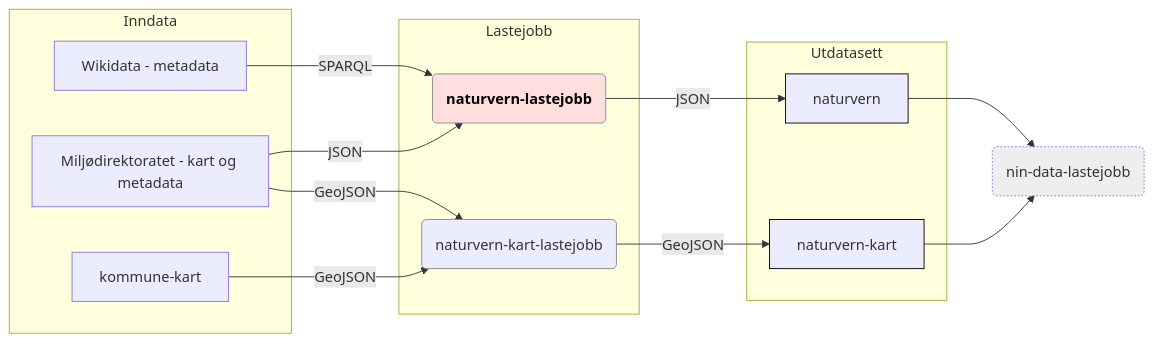
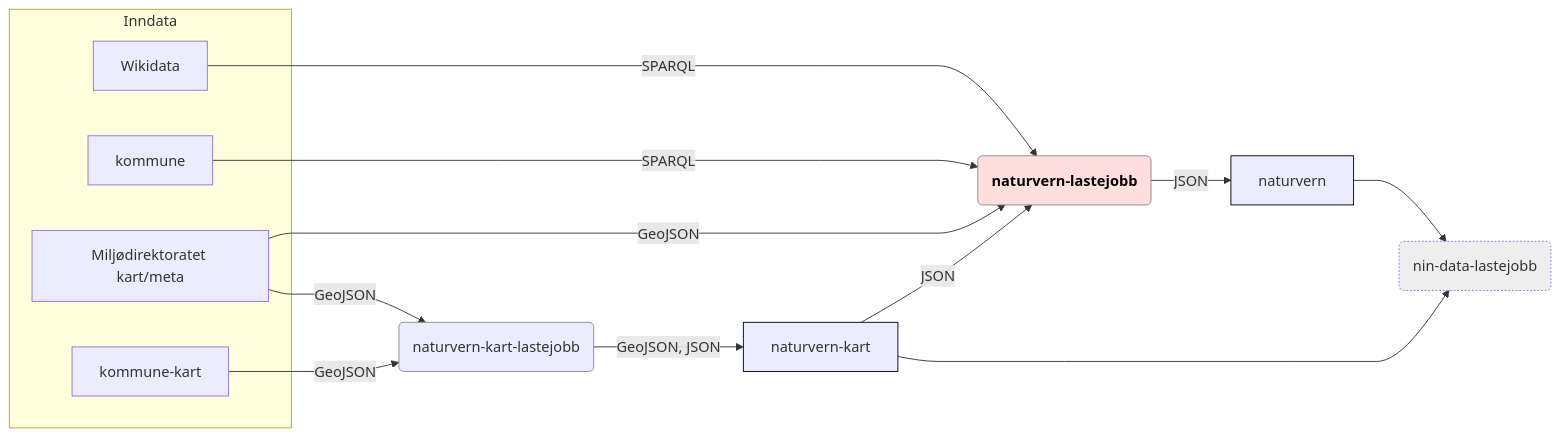
One commit to Artsdatabanken/naturvern-lastejobb changed the diagram in doc/flytdiagram.md. Above: the diagram before and after it, drawn with Mermaid. The commit also changed 1 other file, not shown here.

Commit message:
Bruk naturvern-kart i naturvern-lastejobb

````diff
--- a/doc/flytdiagram.md
+++ b/doc/flytdiagram.md
@@ -1,46 +1,45 @@
 ```mermaid
 
 graph LR;
   linkStyle default interpolate monotoneX
     subgraph Inndata
+      kommune[kommune]
       kommune-kart[kommune-kart]
-      wikidata[Wikidata - metadata]
-      mdir[Miljødirektoratet - kart og metadata]
+      wikidata[Wikidata]
+      mdir[Miljødirektoratet kart/meta]
     end
-    subgraph Lastejobb
       naturvern-kart-lastejobb(naturvern-kart-lastejobb)
       naturvern-lastejobb(naturvern-lastejobb)
-    end
-    subgraph Utdatasett
-      naturvern-kart[naturvern-kart]
-      naturvern[naturvern]
-    end
+    naturvern-kart[naturvern-kart]
+    naturvern[naturvern]
     wikidata-->|SPARQL|naturvern-lastejobb;
-    mdir-->|JSON|naturvern-lastejobb;
+    kommune-->|SPARQL|naturvern-lastejobb;
+    mdir-->|GeoJSON|naturvern-lastejobb;
     mdir-->|GeoJSON|naturvern-kart-lastejobb;
-    naturvern-kart-lastejobb-->|GeoJSON|naturvern-kart;
+    naturvern-kart-lastejobb-->|GeoJSON, JSON|naturvern-kart;
+    naturvern-kart-->|JSON|naturvern-lastejobb;
     naturvern-lastejobb-->|JSON|naturvern;
     kommune-kart-->|GeoJSON|naturvern-kart-lastejobb(naturvern-kart-lastejobb);
     naturvern-->nin-data-lastejobb(nin-data-lastejobb);
     naturvern-kart-->nin-data-lastejobb(nin-data-lastejobb);
     click naturvern-lastejobb "https://github.com/Artsdatabanken/naturvern-lastejobb" "_"
     click naturvern "https://github.com/Artsdatabanken/naturvern" "_"
     click naturvern-kart "https://github.com/Artsdatabanken/naturvern-kart" "_"
     click naturvern-kart-lastejobb "https://github.com/Artsdatabanken/naturvern-kart-lastejobb" "_"
     click kommune-kart "https://github.com/Artsdatabanken/kommune-kart" "_"
     click wikidata "https://www.wikidata.org/wiki/Q15284" "_"
     click mdir "https://www.mdir.no" "_"
 
 class naturvern-lastejobb focus
 class kommune,wikidata,mdir data
 class naturvern,naturvern-kart, utdata
 class xnaturvern-lastejobb,naturvern-kart-lastejobb lastejobb
 class nin-data-lastejobb next
 classDef focusx stroke:#888,stroke-width:3px,font-weight:600;
 classDef focus color:#000,fill:#ffdede,stroke:#888,stroke-widthx:3px,font-weight:600;
 classDef data fillx:#ffd;
 classDef lastejobb fillx:#fff,stroke:#888;
 classDef utdata fillx:#ffa,stroke:#000;
 classDef next fill:#eee,stroke-dasharray: 2, 2;
 
 ```
````
